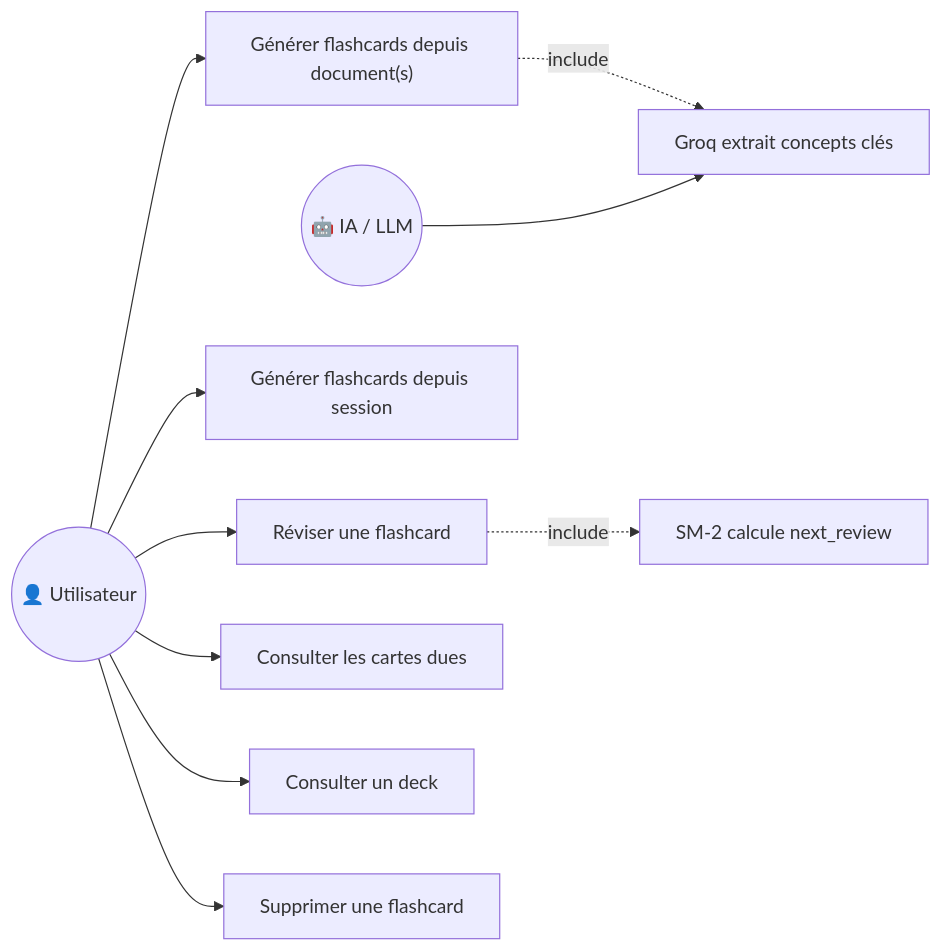
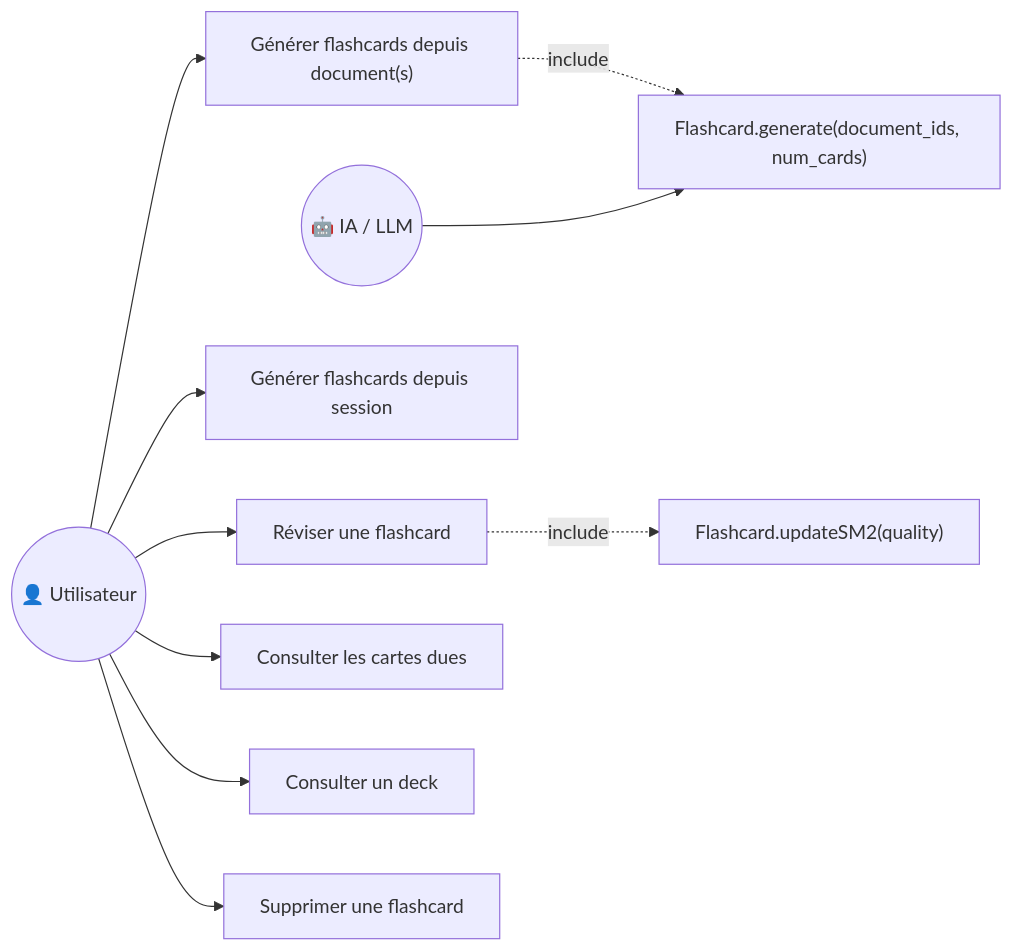
Before and after one commit to Jkacem/smart_focus: the eighth of 10 diagrams in docs/Conception_CasUtilisation.md, drawn with Mermaid. The commit also changed other lines of this file and 31 other files, not shown here.

````diff
--- a/docs/Conception_CasUtilisation.md
+++ b/docs/Conception_CasUtilisation.md
@@ -562,27 +472,27 @@
 ```mermaid
 graph LR
     User(("👤 Utilisateur"))
     IA(("🤖 IA / LLM"))
 
     UC15["Générer flashcards depuis document(s)"]
     UC15s["Générer flashcards depuis session"]
     UC15r["Réviser une flashcard"]
     UC15d["Consulter les cartes dues"]
     UC15dk["Consulter un deck"]
     UC15del["Supprimer une flashcard"]
 
-    UC15a["Groq extrait concepts clés"]
-    UC15b["SM-2 calcule next_review"]
+    UC15a["Flashcard.generate(document_ids, num_cards)"]
+    UC15b["Flashcard.updateSM2(quality)"]
 
     User --> UC15
     User --> UC15s
     User --> UC15r
     User --> UC15d
     User --> UC15dk
     User --> UC15del
 
     UC15 -.->|include| UC15a
     UC15r -.->|include| UC15b
 
     IA --> UC15a
 ```
````
